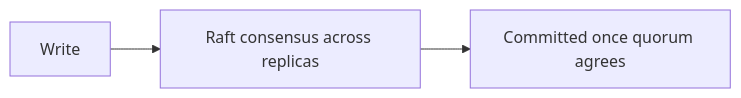
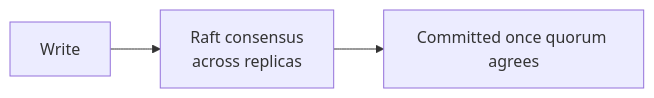
One commit to zirachw/LockedIn changed the ninth of 9 diagrams in system-design/database/providers.md. Above: the diagram before and after it, drawn with Mermaid.

Commit message:
feat: adjust database providers

````diff
--- a/system-design/database/providers.md
+++ b/system-design/database/providers.md
@@ -299,5 +299,5 @@
 ```mermaid
 flowchart LR
-    W[Write] --> R[Raft consensus across replicas]
+    W[Write] --> R[Raft consensus<br/>across replicas]
     R --> C[Committed once quorum agrees]
 ```
````
